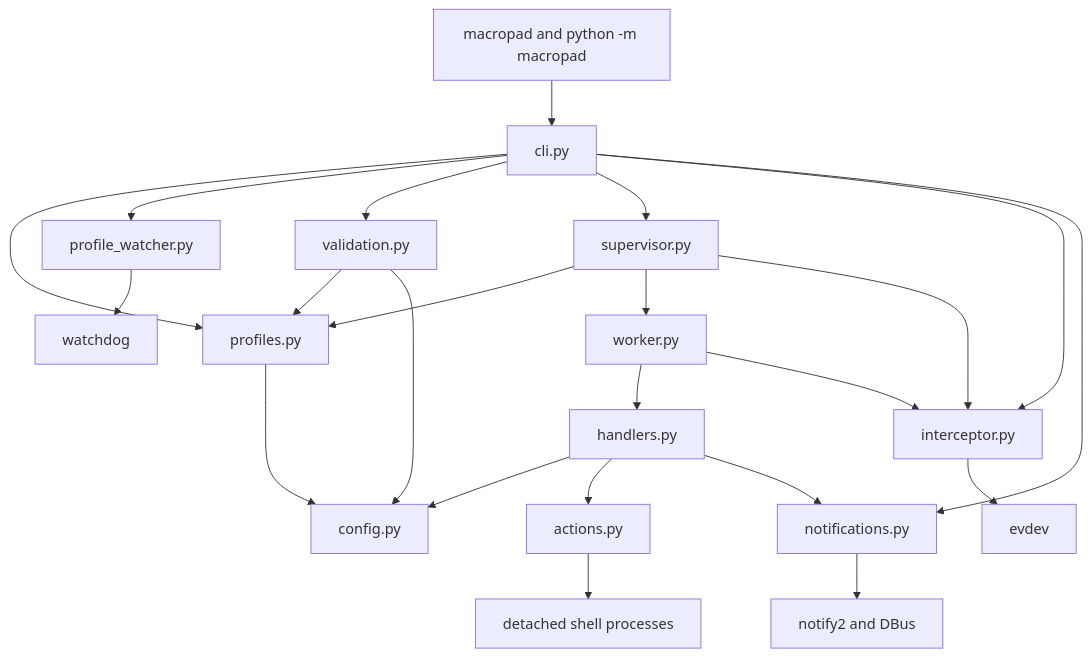
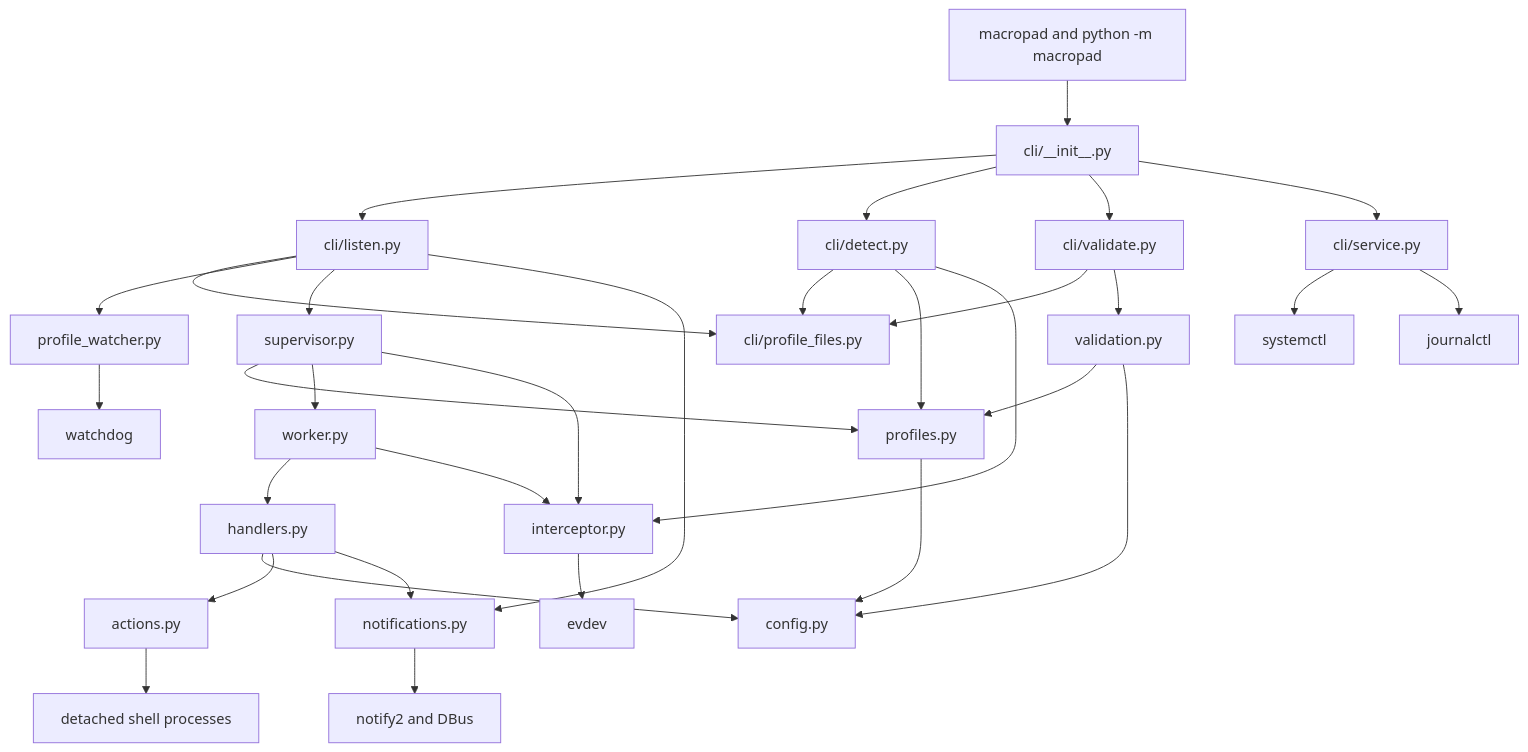
The first of 3 diagrams in src/macropad/README.md (rafaelglikis/macropad), drawn with Mermaid before and after one commit. The commit also changed other lines of this file and 14 other files, not shown here.

````diff
--- a/src/macropad/README.md
+++ b/src/macropad/README.md
@@ -31,30 +36,42 @@
 ```mermaid
 flowchart TD
-    Entrypoints[macropad and python -m macropad] --> CLI[cli.py]
-    CLI --> Profiles[profiles.py]
-    CLI --> ProfileWatcher[profile_watcher.py]
-    CLI --> Validation[validation.py]
-    CLI --> Supervisor[supervisor.py]
-    CLI --> Interceptor[interceptor.py]
-    CLI --> Notifications[notifications.py]
+    Entrypoints[macropad and python -m macropad] --> CLI[cli/__init__.py]
+    CLI --> Listen[cli/listen.py]
+    CLI --> Detect[cli/detect.py]
+    CLI --> ValidateCommand[cli/validate.py]
+    CLI --> Service[cli/service.py]
+
+    Listen --> ProfileFiles[cli/profile_files.py]
+    Listen --> ProfileWatcher[profile_watcher.py]
+    Listen --> Supervisor[supervisor.py]
+    Listen --> Notifications[notifications.py]
+
+    Detect --> ProfileFiles
+    Detect --> Profiles[profiles.py]
+    Detect --> Interceptor[interceptor.py]
+
+    ValidateCommand --> ProfileFiles
+    ValidateCommand --> Validation[validation.py]
 
     Supervisor --> Profiles
     Supervisor --> Worker[worker.py]
     Supervisor --> Interceptor
 
     Validation --> Profiles
     Validation --> Config
     Profiles --> Config[config.py]
     ProfileWatcher --> Watchdog[watchdog]
+    Service --> Systemd[systemctl]
+    Service --> Journal[journalctl]
 
     Worker --> Handler[handlers.py]
     Worker --> Interceptor
 
     Handler --> Config
     Handler --> Actions[actions.py]
     Handler --> Notifications
 
     Interceptor --> Evdev[evdev]
     Actions --> Shell[detached shell processes]
     Notifications --> Notify2[notify2 and DBus]
 ```
````
